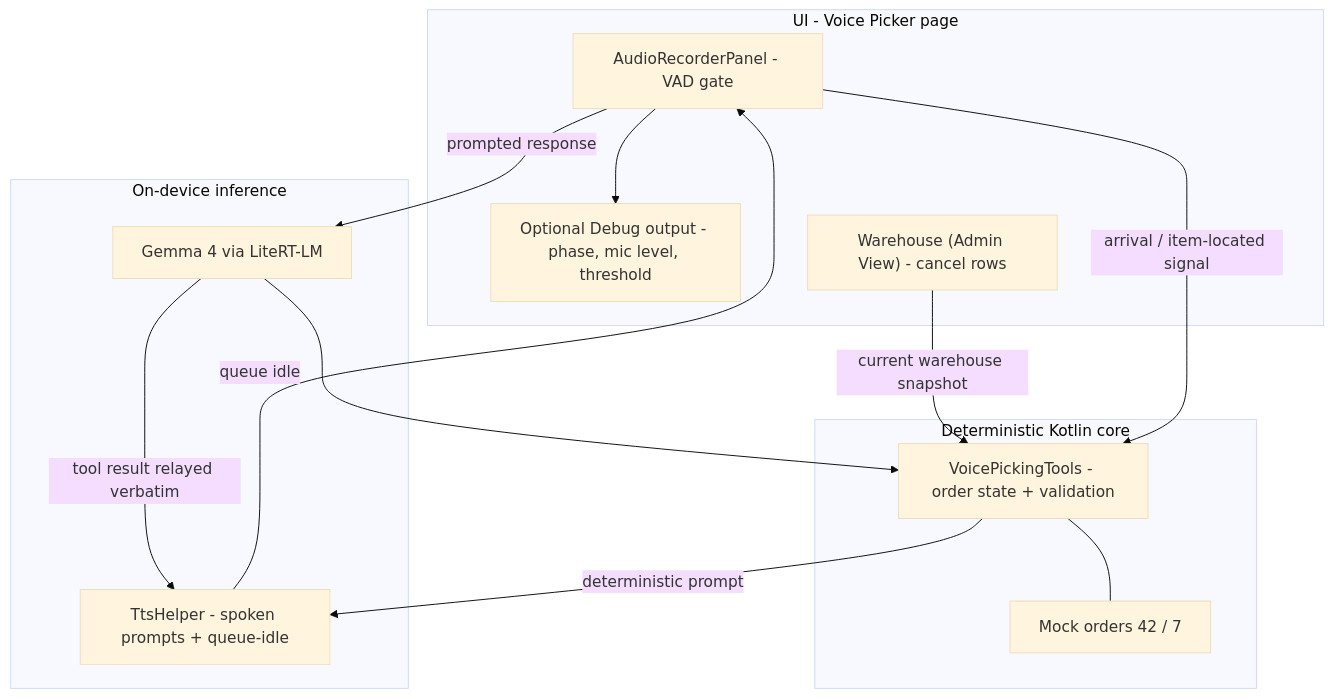
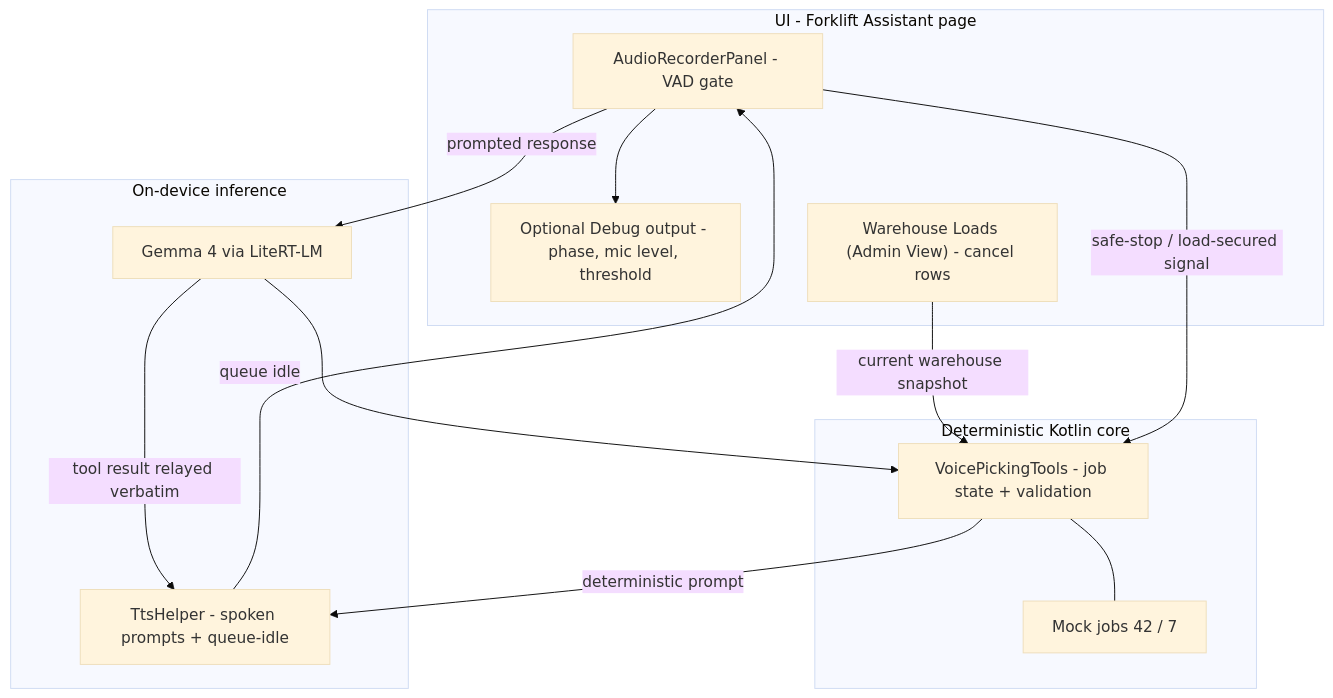
One commit to rahullokesh/gallery changed the first of 3 diagrams in Android/docs/voice-picking-demo.md. Above: the diagram before and after it, drawn with Mermaid (base theme). The commit also changed other lines of this file and 8 other files, not shown here.

````diff
--- a/Android/docs/voice-picking-demo.md
+++ b/Android/docs/voice-picking-demo.md
@@ -21,28 +23,28 @@
 ```mermaid
 flowchart TB
-  subgraph UI["UI - Voice Picker page"]
+  subgraph UI["UI - Forklift Assistant page"]
     VAD["AudioRecorderPanel - VAD gate"]
     DEBUG["Optional Debug output - phase, mic level, threshold"]
-    ADMIN["Warehouse (Admin View) - cancel rows"]
+    ADMIN["Warehouse Loads (Admin View) - cancel rows"]
   end
 
   subgraph CORE["Deterministic Kotlin core"]
-    STATE["VoicePickingTools - order state + validation"]
-    DATA["Mock orders 42 / 7"]
+    STATE["VoicePickingTools - job state + validation"]
+    DATA["Mock jobs 42 / 7"]
   end
 
   subgraph AI["On-device inference"]
     GEMMA["Gemma 4 via LiteRT-LM"]
     TTS["TtsHelper - spoken prompts + queue-idle"]
   end
 
   VAD --> DEBUG
   ADMIN -- "current warehouse snapshot" --> STATE
   VAD -- "prompted response" --> GEMMA
-  VAD -- "arrival / item-located signal" --> STATE
+  VAD -- "safe-stop / load-secured signal" --> STATE
   GEMMA --> STATE
   STATE --- DATA
   STATE -- "deterministic prompt" --> TTS
   GEMMA -- "tool result relayed verbatim" --> TTS
   TTS -- "queue idle" --> VAD
 ```
````
